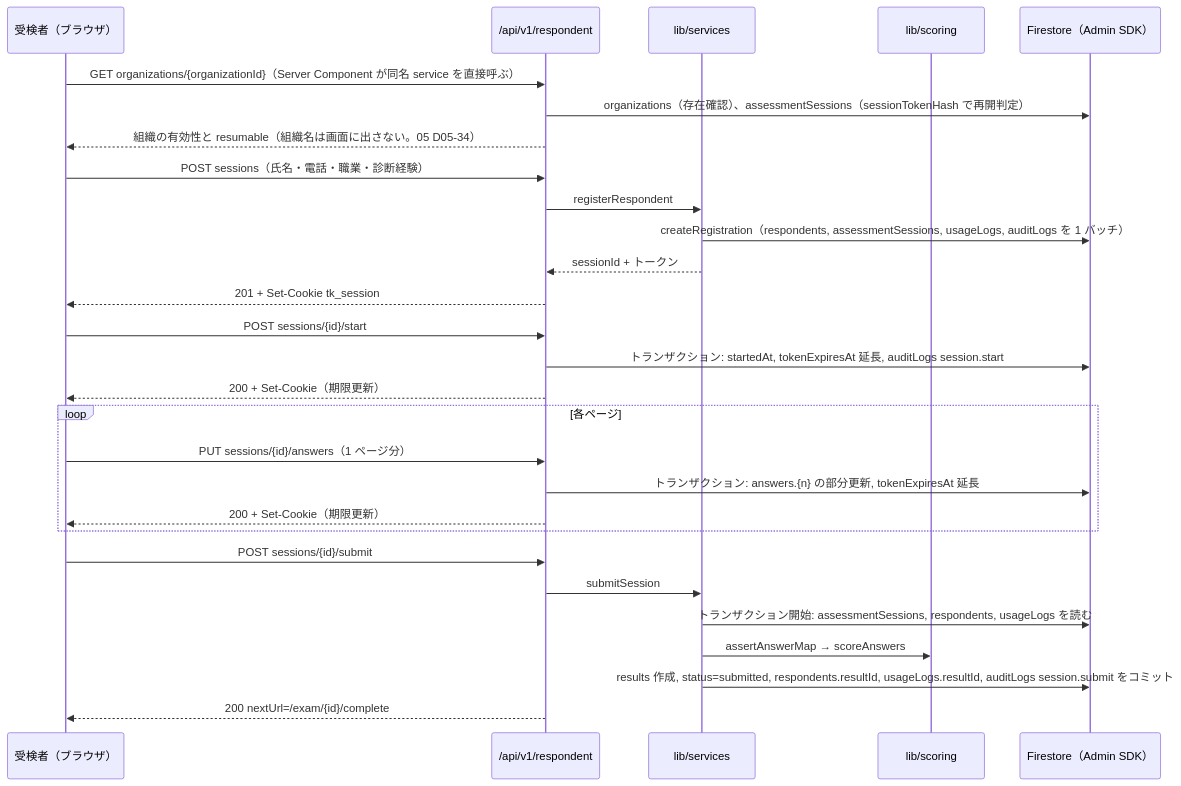
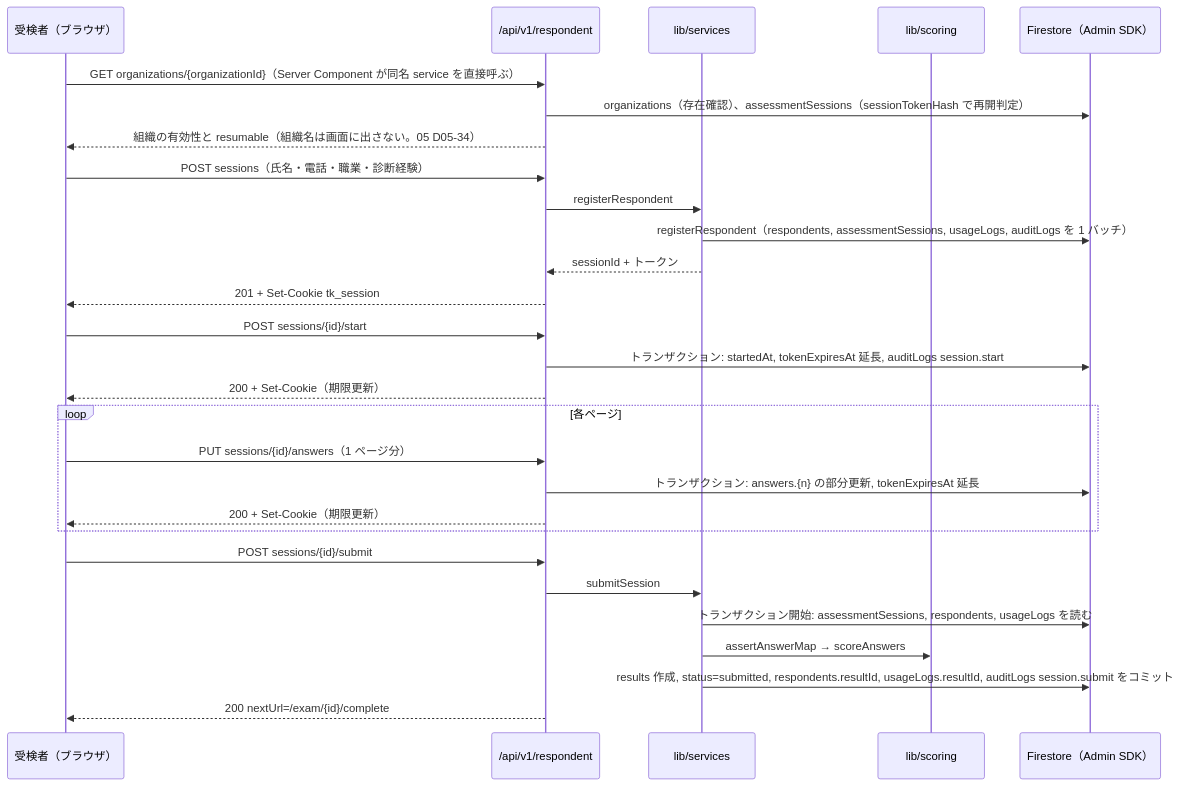
One commit to tanukichiyamaguchi/Tekisei-Kensa changed the third of 7 diagrams in docs/基本設計/04_API設計.md. Above: the diagram before and after it, drawn with Mermaid. The commit also changed other lines of this file and 10 other files, not shown here.

````diff
--- a/docs/基本設計/04_API設計.md
+++ b/docs/基本設計/04_API設計.md
@@ -1204,30 +1215,30 @@
 ```mermaid
 sequenceDiagram
     participant R as 受検者（ブラウザ）
     participant API as /api/v1/respondent
     participant S as lib/services
     participant SC as lib/scoring
     participant DB as Firestore（Admin SDK）
     R->>API: GET organizations/{organizationId}（Server Component が同名 service を直接呼ぶ）
     API->>DB: organizations（存在確認）、assessmentSessions（sessionTokenHash で再開判定）
     API-->>R: 組織の有効性と resumable（組織名は画面に出さない。05 D05-34）
     R->>API: POST sessions（氏名・電話・職業・診断経験）
     API->>S: registerRespondent
-    S->>DB: createRegistration（respondents, assessmentSessions, usageLogs, auditLogs を 1 バッチ）
+    S->>DB: registerRespondent（respondents, assessmentSessions, usageLogs, auditLogs を 1 バッチ）
     S-->>API: sessionId + トークン
     API-->>R: 201 + Set-Cookie tk_session
     R->>API: POST sessions/{id}/start
     API->>DB: トランザクション: startedAt, tokenExpiresAt 延長, auditLogs session.start
     API-->>R: 200 + Set-Cookie（期限更新）
     loop 各ページ
         R->>API: PUT sessions/{id}/answers（1 ページ分）
         API->>DB: トランザクション: answers.{n} の部分更新, tokenExpiresAt 延長
         API-->>R: 200 + Set-Cookie（期限更新）
     end
     R->>API: POST sessions/{id}/submit
     API->>S: submitSession
     S->>DB: トランザクション開始: assessmentSessions, respondents, usageLogs を読む
     S->>SC: assertAnswerMap → scoreAnswers
     S->>DB: results 作成, status=submitted, respondents.resultId, usageLogs.resultId, auditLogs session.submit をコミット
     API-->>R: 200 nextUrl=/exam/{id}/complete
 ```
````
